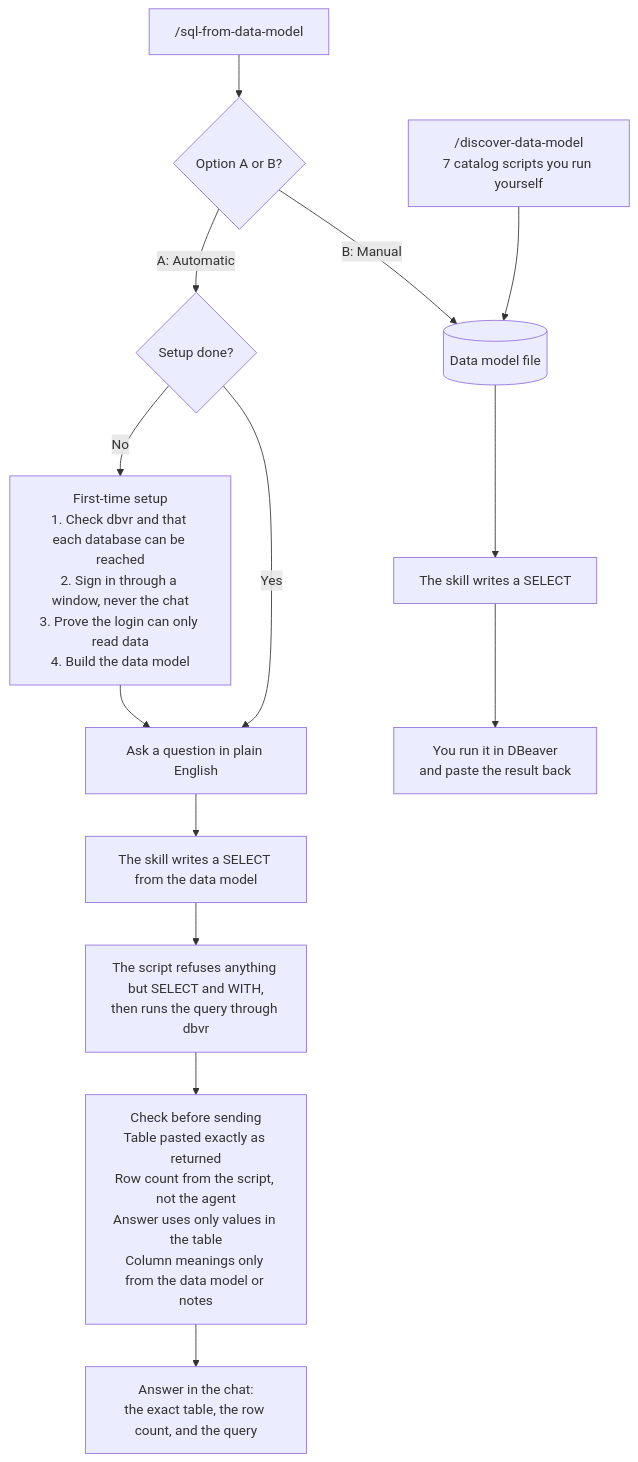
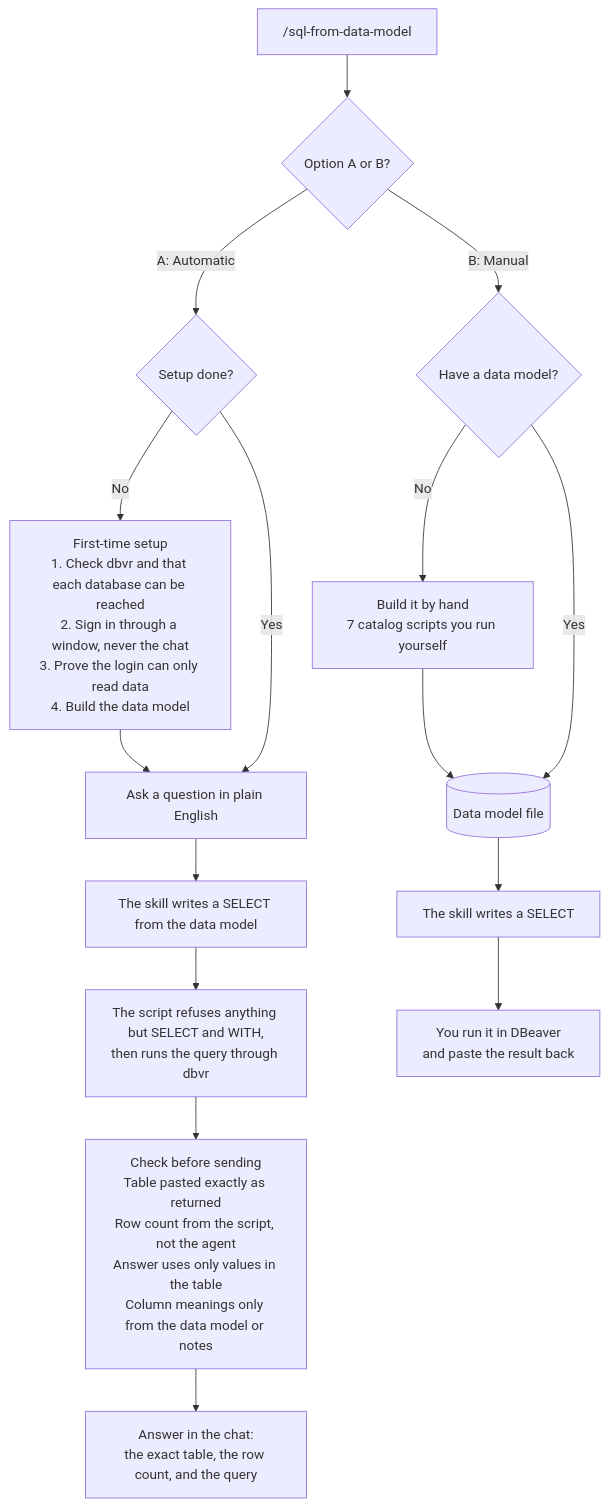
The diagram in README.md (Tytrana/data-model-skills-ty), drawn with Mermaid before and after one commit. The commit also changed other lines of this file and 7 other files, not shown here.

First line of the commit message:
refactor!: make the repo one skill, sql-from-data-model

````diff
--- a/README.md
+++ b/README.md
@@ -13,18 +18,20 @@
 ```mermaid
 flowchart TD
   start["/sql-from-data-model"] --> menu{"Option A or B?"}
 
   menu -->|"A: Automatic"| done{"Setup done?"}
   done -->|No| setup["First-time setup<br/>1. Check dbvr and that each database can be reached<br/>2. Sign in through a window, never the chat<br/>3. Prove the login can only read data<br/>4. Build the data model"]
   setup --> ask
   done -->|Yes| ask["Ask a question in plain English"]
   ask --> write["The skill writes a SELECT from the data model"]
   write --> run["The script refuses anything but SELECT and WITH,<br/>then runs the query through dbvr"]
   run --> verify["Check before sending<br/>Table pasted exactly as returned<br/>Row count from the script, not the agent<br/>Answer uses only values in the table<br/>Column meanings only from the data model or notes"]
   verify --> answer["Answer in the chat:<br/>the exact table, the row count, and the query"]
 
-  menu -->|"B: Manual"| model[("Data model file")]
-  discover["/discover-data-model<br/>7 catalog scripts you run yourself"] --> model
+  menu -->|"B: Manual"| has{"Have a data model?"}
+  has -->|No| discover["Build it by hand<br/>7 catalog scripts you run yourself"]
+  discover --> model[("Data model file")]
+  has -->|Yes| model
   model --> writeb["The skill writes a SELECT"]
   writeb --> dbeaver["You run it in DBeaver<br/>and paste the result back"]
 ```
````
